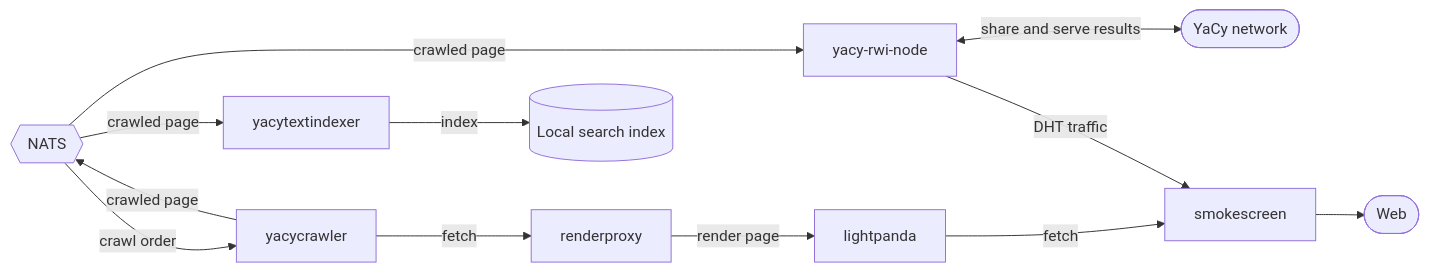
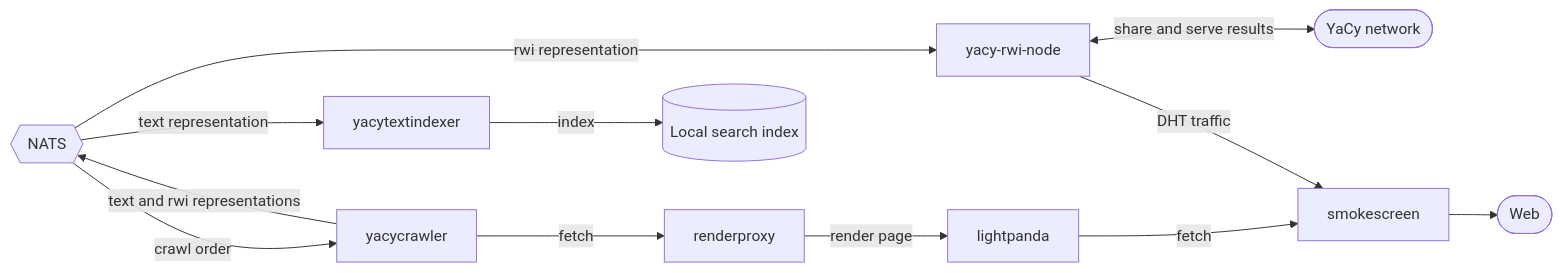
Before and after one commit to nikitakarpei/my-yacy-node: the second of 2 diagrams in examples/full-yacy-stack/README.md, drawn with Mermaid. The commit also changed 116 other files, not shown here.

First line of the commit message:
Publish a crawled page's markdown representation

````diff
--- a/examples/full-yacy-stack/README.md
+++ b/examples/full-yacy-stack/README.md
@@ -36,19 +36,19 @@
 ```mermaid
 flowchart LR
     nats{{NATS}}
     Web([Web])
     Net([YaCy network])
 
     nats -- crawl order --> yacycrawler[yacycrawler]
     yacycrawler -- fetch --> renderproxy[renderproxy]
     renderproxy -- render page --> lightpanda[lightpanda]
     lightpanda -- fetch --> smokescreen[smokescreen] --> Web
-    yacycrawler -- crawled page --> nats
+    yacycrawler -- text and rwi representations --> nats
 
-    nats -- crawled page --> yacytextindexer[yacytextindexer]
+    nats -- text representation --> yacytextindexer[yacytextindexer]
     yacytextindexer -- index --> searchindex[(Local search index)]
 
-    nats -- crawled page --> node[yacy-rwi-node]
+    nats -- rwi representation --> node[yacy-rwi-node]
     node -- DHT traffic --> smokescreen
     node <-- share and serve results --> Net
 ```
````
